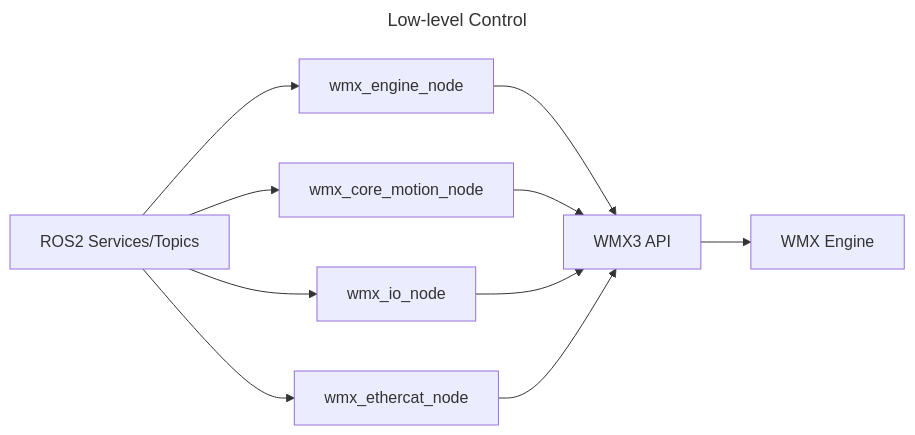
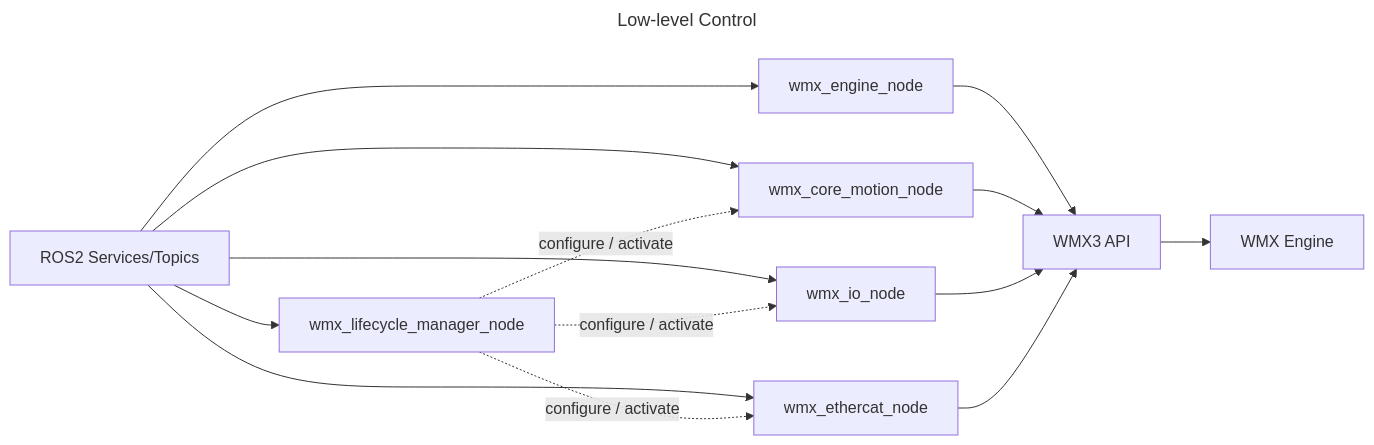
Before and after one commit to movensys/wmx-ros2: the first of 2 diagrams in README.md, drawn with Mermaid. The commit also changed other lines of this file and 30 other files, not shown here.

Commit message:
add node lifecycle feature

````diff
--- a/README.md
+++ b/README.md
@@ -58,15 +58,19 @@
 ```mermaid
 ---
 title: Low-level Control
 ---
 flowchart LR;
     A[ROS2 Services/Topics] --> B[wmx_engine_node];
+    A --> H[wmx_lifecycle_manager_node];
     A --> C[wmx_core_motion_node];
     A --> D[wmx_io_node];
     A --> E[wmx_ethercat_node];
+    H -.->|configure / activate| C;
+    H -.->|configure / activate| D;
+    H -.->|configure / activate| E;
     B --> F[WMX3 API];
     C --> F;
     D --> F;
     E --> F;
     F --> G[WMX Engine];
 ```
````
